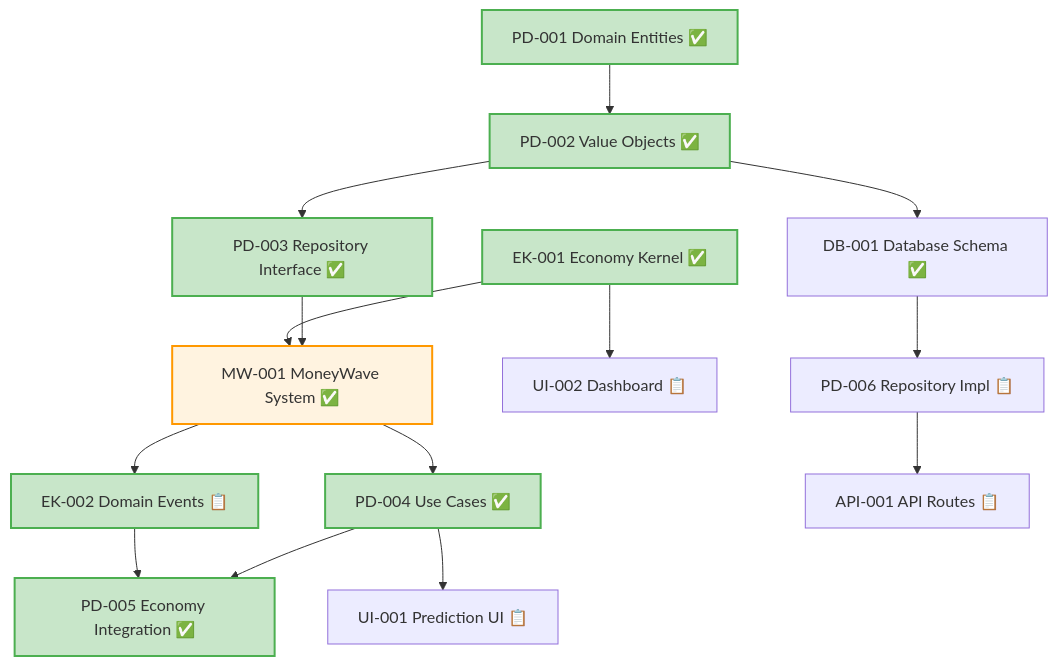
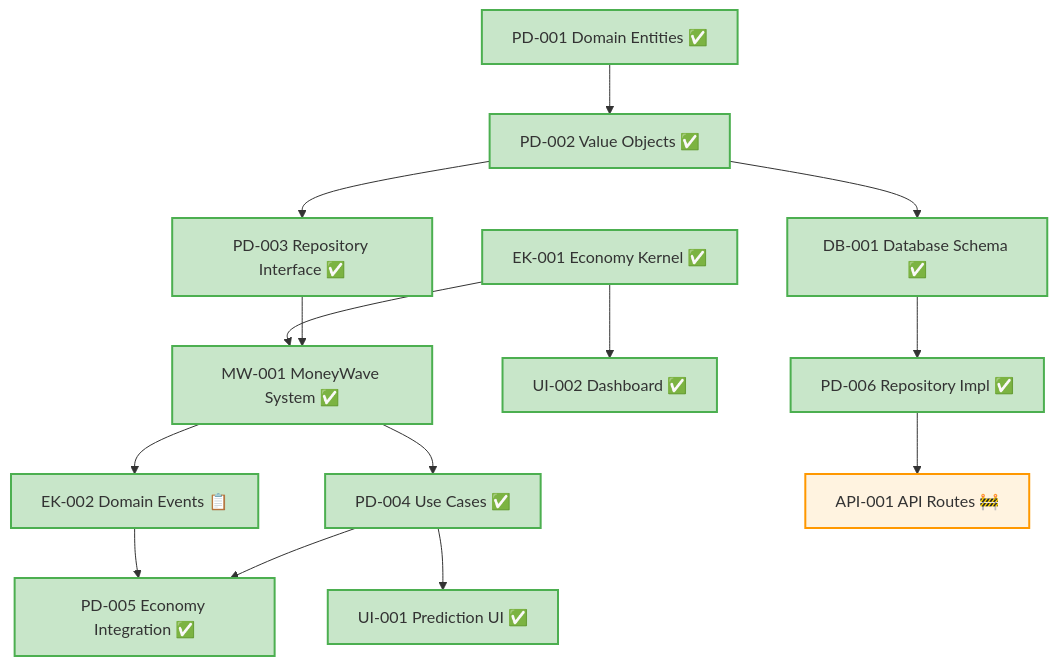
The first of 2 diagrams in docs/task_list.md (positivemultiplier/posmul), drawn with Mermaid before and after one commit. The commit also changed other lines of this file and 60 other files, not shown here.

````diff
--- a/docs/task_list.md
+++ b/docs/task_list.md
@@ -404,28 +435,33 @@
 ```mermaid
 graph TD
     PD001[PD-001 Domain Entities ✅] --> PD002[PD-002 Value Objects ✅]
     PD002 --> PD003[PD-003 Repository Interface ✅]
 
     EK001[EK-001 Economy Kernel ✅] --> MW001[MW-001 MoneyWave System ✅]
     PD003 --> MW001
     MW001 --> PD004[PD-004 Use Cases ✅]
     MW001 --> EK002[EK-002 Domain Events 📋]
 
     EK002 --> PD005[PD-005 Economy Integration ✅]
     PD004 --> PD005
-    PD004 --> UI001[UI-001 Prediction UI 📋]
-    EK001 --> UI002[UI-002 Dashboard 📋]
+    PD004 --> UI001[UI-001 Prediction UI ✅]
+    EK001 --> UI002[UI-002 Dashboard ✅]
 
     PD002 --> DB001[DB-001 Database Schema ✅]
-    DB001 --> PD006[PD-006 Repository Impl 📋]
-    PD006 --> API001[API-001 API Routes 📋]
+    DB001 --> PD006[PD-006 Repository Impl ✅]
+    PD006 --> API001[API-001 API Routes 🚧]
 
     style PD001 fill:#c8e6c9,stroke:#4caf50,stroke-width:2px
     style PD002 fill:#c8e6c9,stroke:#4caf50,stroke-width:2px
     style EK001 fill:#c8e6c9,stroke:#4caf50,stroke-width:2px
     style PD003 fill:#c8e6c9,stroke:#4caf50,stroke-width:2px
-    style MW001 fill:#fff3e0,stroke:#ff9800,stroke-width:2px
+    style MW001 fill:#c8e6c9,stroke:#4caf50,stroke-width:2px
     style PD004 fill:#c8e6c9,stroke:#4caf50,stroke-width:2px
     style EK002 fill:#c8e6c9,stroke:#4caf50,stroke-width:2px
     style PD005 fill:#c8e6c9,stroke:#4caf50,stroke-width:2px
+    style DB001 fill:#c8e6c9,stroke:#4caf50,stroke-width:2px
+    style UI001 fill:#c8e6c9,stroke:#4caf50,stroke-width:2px
+    style UI002 fill:#c8e6c9,stroke:#4caf50,stroke-width:2px
+    style PD006 fill:#c8e6c9,stroke:#4caf50,stroke-width:2px
+    style API001 fill:#fff3e0,stroke:#ff9800,stroke-width:2px
 ```
````
